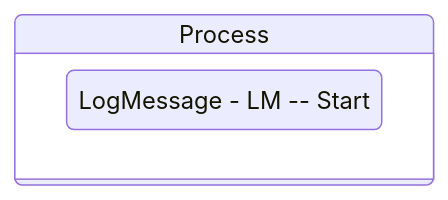
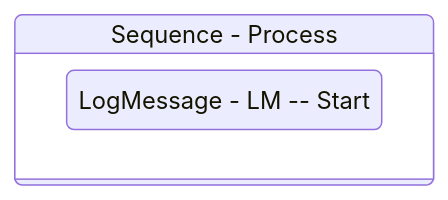
The diagram in Documentation/.templates/Performers/Basic/Framework/Process.md (yashbrahmbhatt/LazyFramework), drawn with Mermaid before and after one commit. The commit also changed other lines of this file and 78 other files, not shown here.

````diff
--- a/Documentation/.templates/Performers/Basic/Framework/Process.md
+++ b/Documentation/.templates/Performers/Basic/Framework/Process.md
@@ -91,10 +91,10 @@
 ```mermaid
 stateDiagram-v2
 
 
-Sequence_1: Process
+Sequence_1: Sequence - Process
 state Sequence_1 {
 direction TB
 LogMessage_1 : LogMessage - LM -- Start
 }
 ```
````
